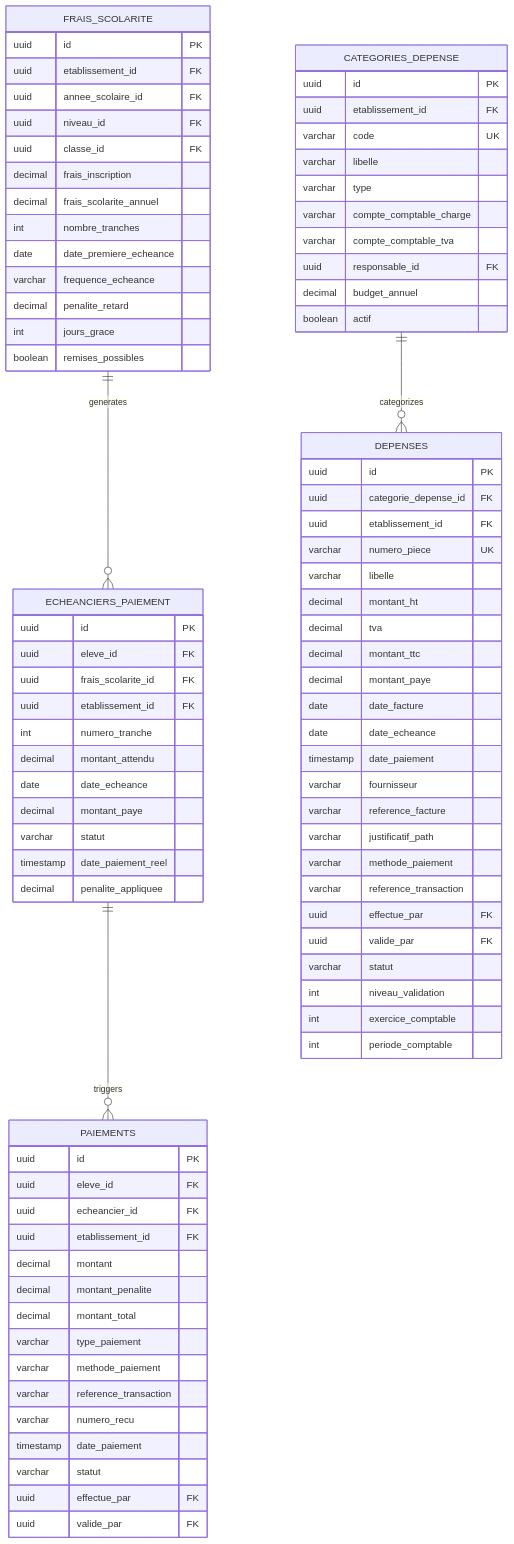
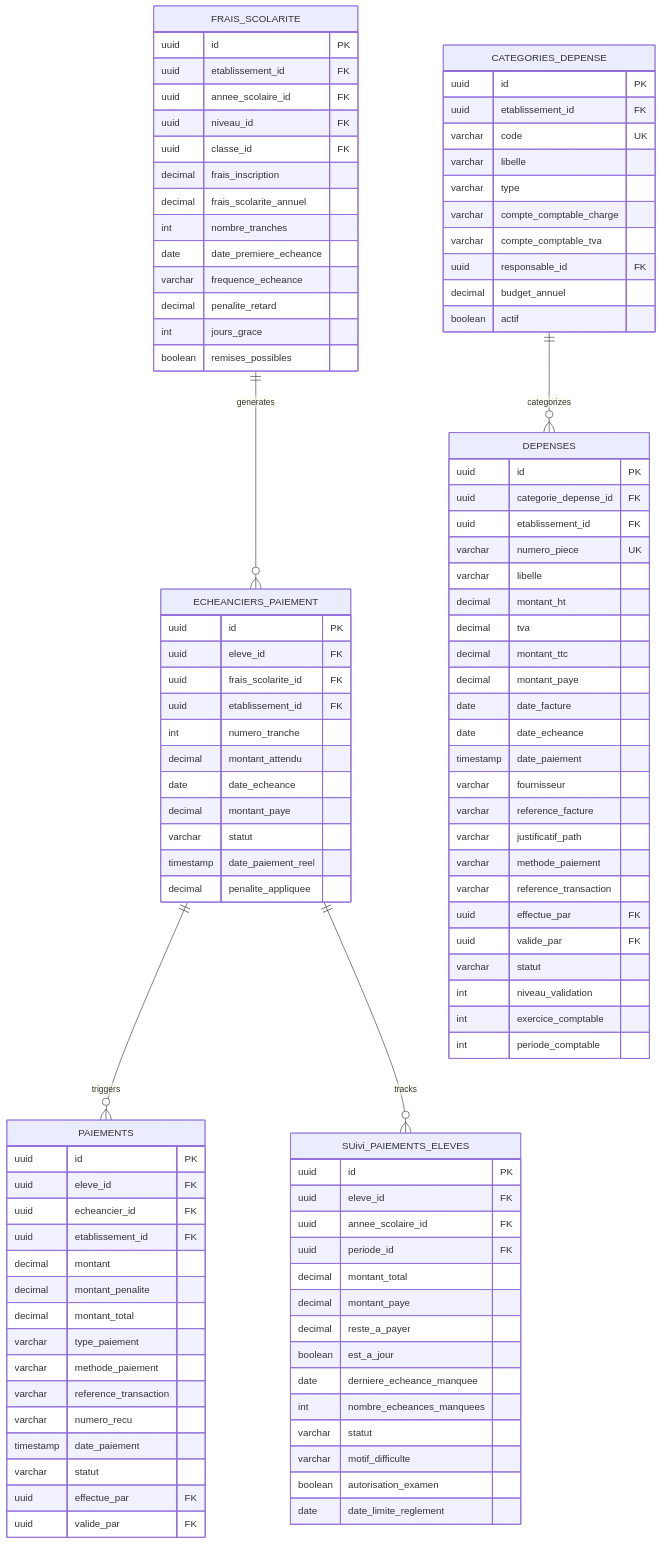
One commit to franckylab/eLISAschool changed the fifth of 12 diagrams in .qoder/repowiki/en/content/Modules & Features/Administrative Modules/Financial Management Module.md. Above: the diagram before and after it, drawn with Mermaid. The commit also changed other lines of this file and 433 other files, not shown here.

````diff
--- a/.qoder/repowiki/en/content/Modules & Features/Administrative Modules/Financial Management Module.md
+++ b/.qoder/repowiki/en/content/Modules & Features/Administrative Modules/Financial Management Module.md
@@ -230,6 +252,22 @@
 uuid effectue_par FK
 uuid valide_par FK
 }
+SUivi_PAIEMENTS_ELEVES {
+uuid id PK
+uuid eleve_id FK
+uuid annee_scolaire_id FK
+uuid periode_id FK
+decimal montant_total
+decimal montant_paye
+decimal reste_a_payer
+boolean est_a_jour
+date derniere_echeance_manquee
+int nombre_echeances_manquees
+varchar statut
+varchar motif_difficulte
+boolean autorisation_examen
+date date_limite_reglement
+}
 CATEGORIES_DEPENSE {
 uuid id PK
 uuid etablissement_id FK
@@ -269,5 +307,6 @@
 }
 FRAIS_SCOLARITE ||--o{ ECHEANCIERS_PAIEMENT : "generates"
 ECHEANCIERS_PAIEMENT ||--o{ PAIEMENTS : "triggers"
+ECHEANCIERS_PAIEMENT ||--o{ SUivi_PAIEMENTS_ELEVES : "tracks"
 CATEGORIES_DEPENSE ||--o{ DEPENSES : "categorizes"
 ```
````
